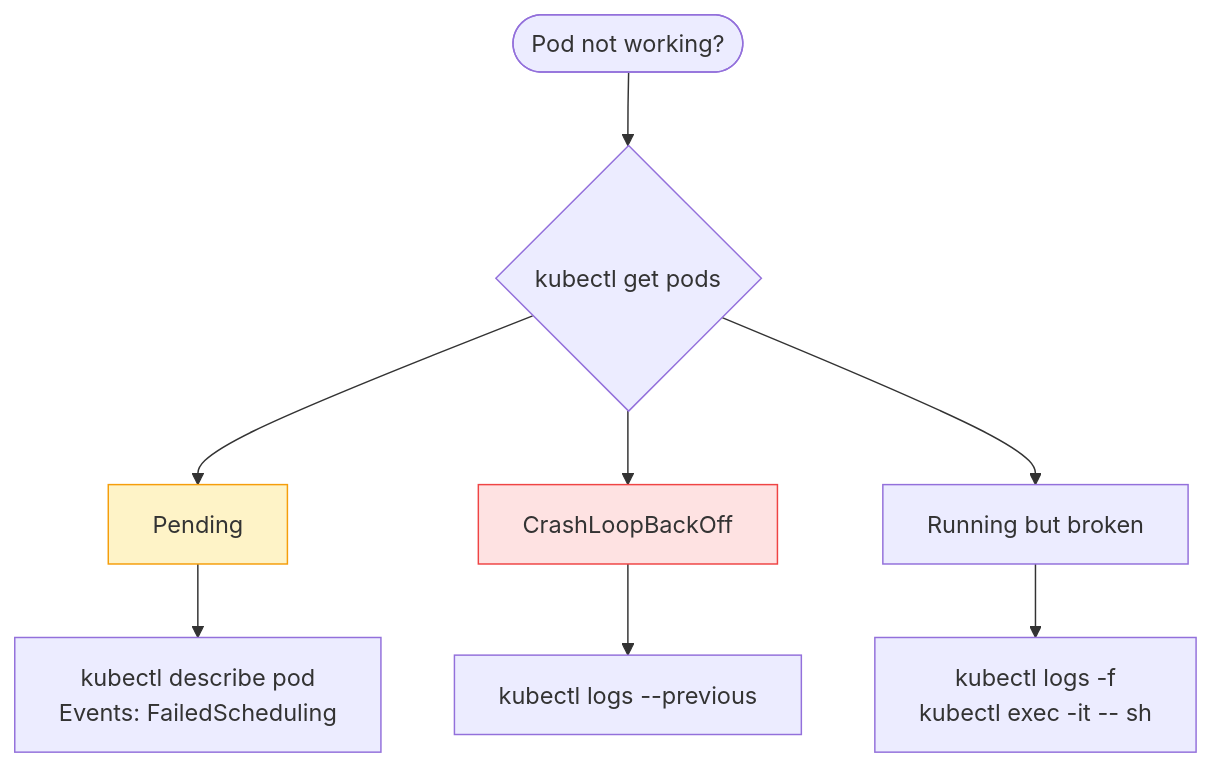
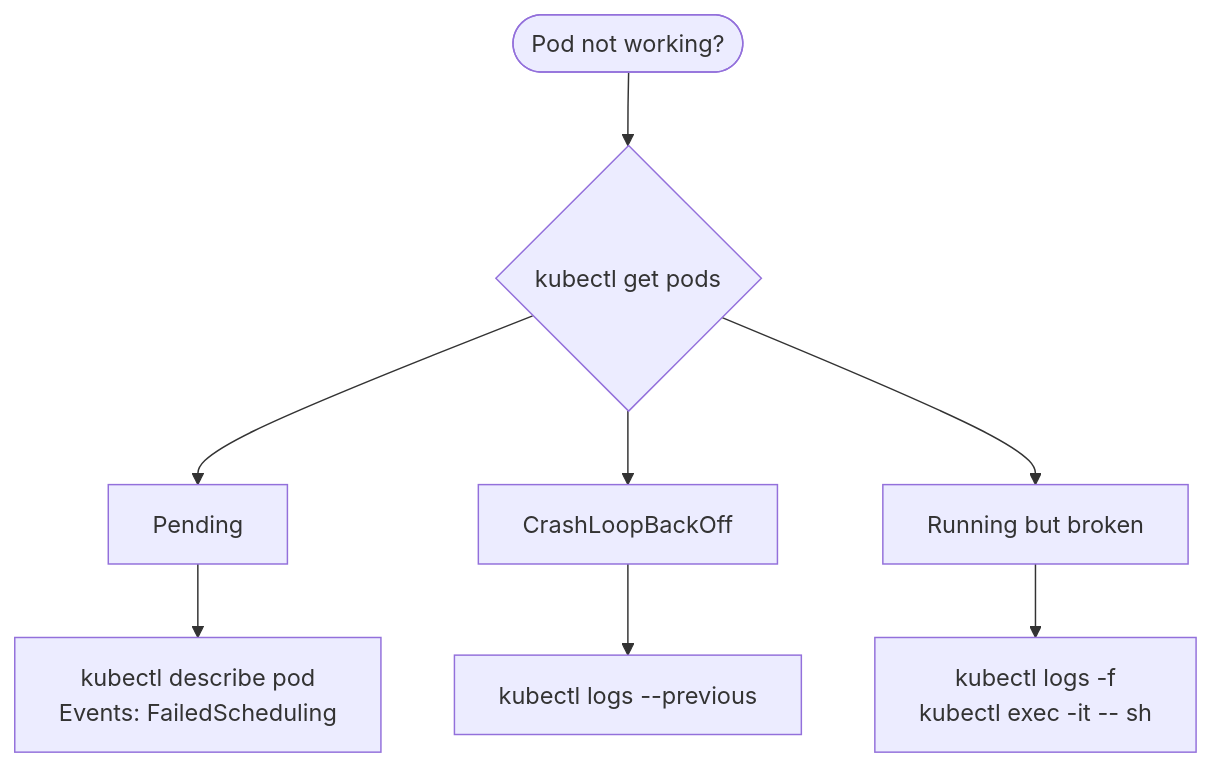
Before and after one commit to Gautam4424/k8slearn-content: the sixth of 6 diagrams in content/cka/10-logging-monitoring/overview/overview.md, drawn with Mermaid. The commit also changed other lines of this file and 40 other files, not shown here.

Commit message:
chore: fix mermaid style regex

````diff
--- a/content/cka/10-logging-monitoring/overview/overview.md
+++ b/content/cka/10-logging-monitoring/overview/overview.md
@@ -276,11 +268,9 @@
 ```mermaid
 flowchart TD
     START(["Pod not working?"])
     G{"kubectl get pods"}
     P["Pending"] --> D1["kubectl describe pod\nEvents: FailedScheduling"]
     C["CrashLoopBackOff"] --> D2["kubectl logs --previous"]
     R["Running but broken"] --> D3["kubectl logs -f\nkubectl exec -it -- sh"]
     START --> G --> P & C & R
-    style P fill:#fef3c7,stroke:#f59e0b
-    style C fill:#fee2e2,stroke:#ef4444
 ```
````
